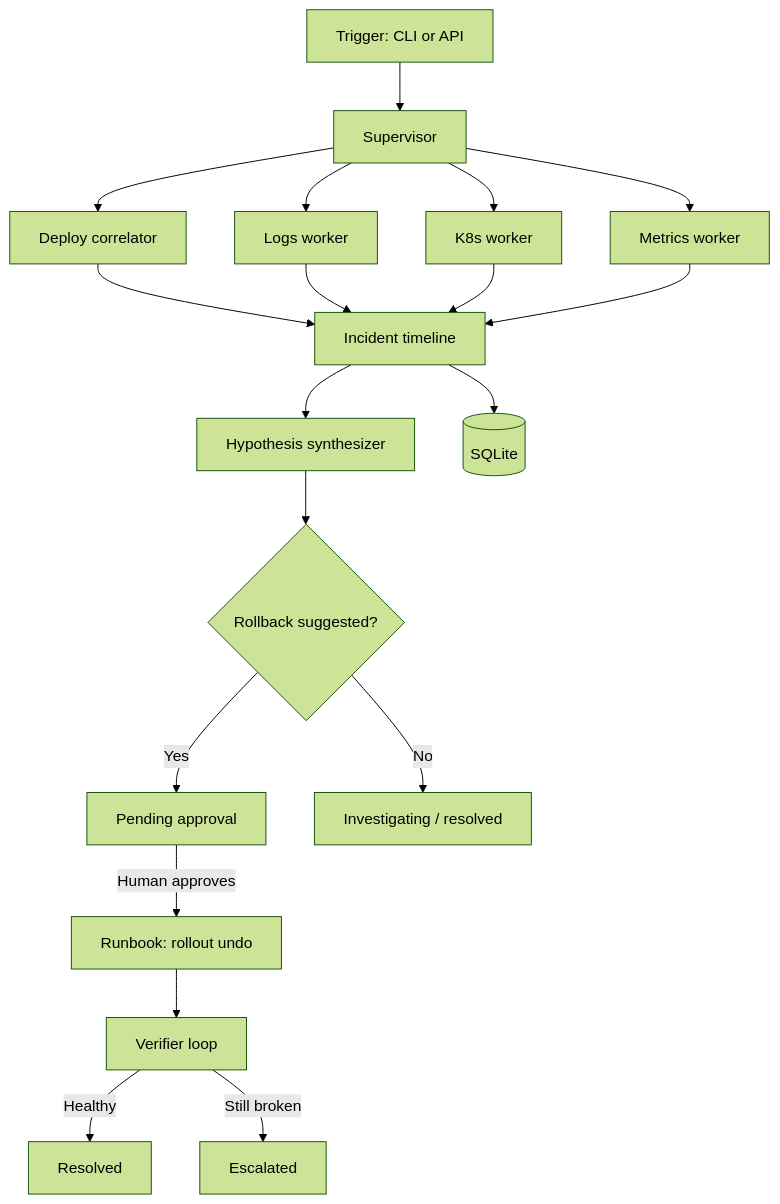
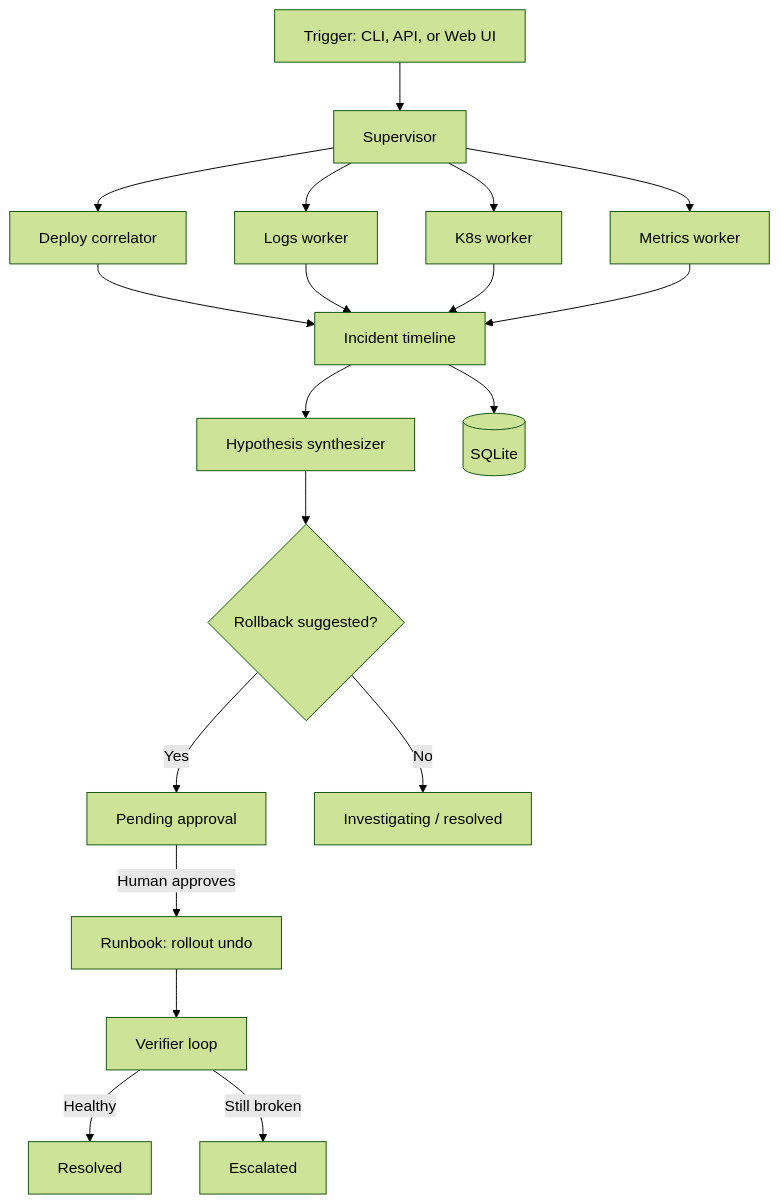
Before and after one commit to sahilleth/incident-commander: the diagram in README.md, drawn with Mermaid (forest theme). The commit also changed other lines of this file and 105 other files, not shown here.

First line of the commit message:
Add React dashboard and wire end-to-end approval flow.

````diff
--- a/README.md
+++ b/README.md
@@ -64,21 +76,21 @@
 ```mermaid
 flowchart TD
-    T[Trigger: CLI or API] --> S[Supervisor]
+    T[Trigger: CLI, API, or Web UI] --> S[Supervisor]
     S --> W1[Deploy correlator]
     S --> W2[Logs worker]
     S --> W3[K8s worker]
     S --> W4[Metrics worker]
     W1 --> TL[Incident timeline]
     W2 --> TL
     W3 --> TL
     W4 --> TL
     TL --> H[Hypothesis synthesizer]
     H --> A{Rollback suggested?}
     A -->|Yes| P[Pending approval]
     A -->|No| I[Investigating / resolved]
     P -->|Human approves| R[Runbook: rollout undo]
     R --> V[Verifier loop]
     V -->|Healthy| RES[Resolved]
     V -->|Still broken| ESC[Escalated]
     TL --> DB[(SQLite)]
 ```
````
